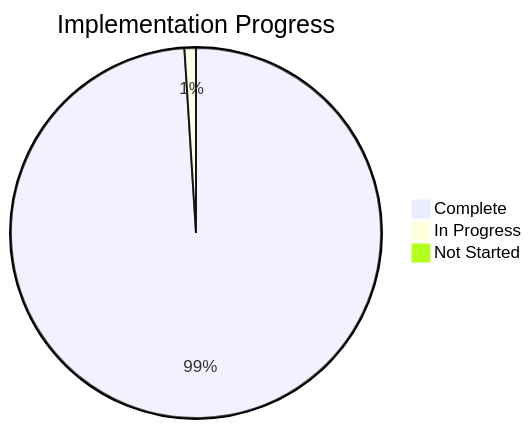
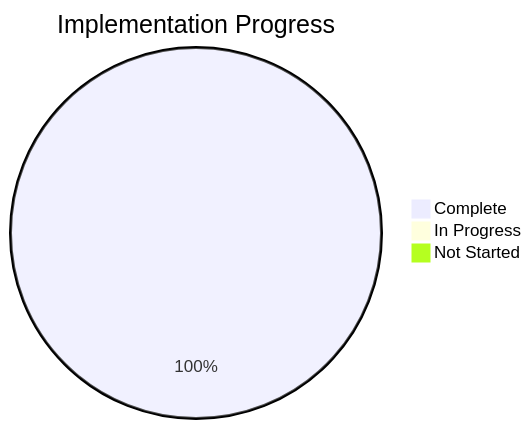
One commit to amo-tech-ai/mdeai changed the first of 2 diagrams in docs/tasks/00-progress-tracker.md. Above: the diagram before and after it, drawn with Mermaid. The commit also changed other lines of this file and 12 other files, not shown here.

````diff
--- a/docs/tasks/00-progress-tracker.md
+++ b/docs/tasks/00-progress-tracker.md
@@ -9,6 +9,6 @@
 ```mermaid
 pie title Implementation Progress
-    "Complete" : 99
-    "In Progress" : 1
+    "Complete" : 100
+    "In Progress" : 0
     "Not Started" : 0
 ```
````
